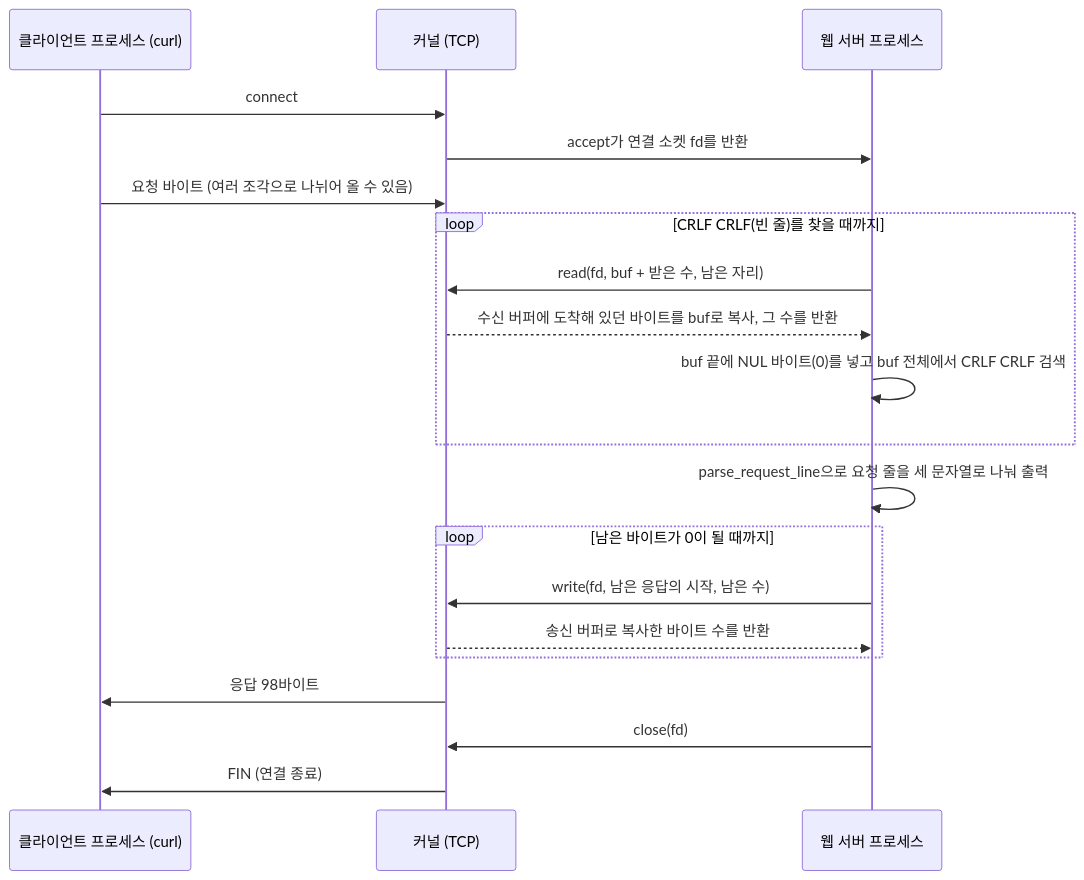
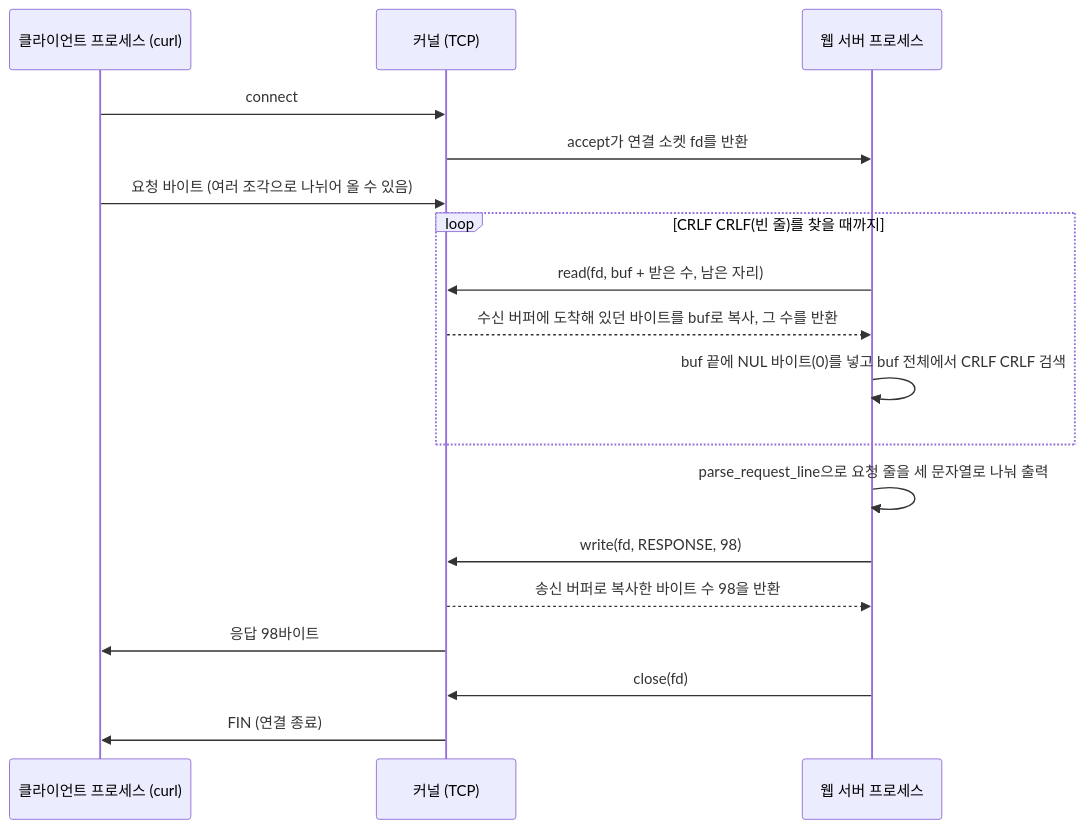
Before and after one commit to team3-web-server/web-server: the first of 2 diagrams in docs/step3.md, drawn with Mermaid. The commit also changed other lines of this file and 4 other files, not shown here.

````diff
--- a/docs/step3.md
+++ b/docs/step3.md
@@ -24,23 +23,21 @@
 ```mermaid
 sequenceDiagram
     participant C as 클라이언트 프로세스 (curl)
     participant K as 커널 (TCP)
     participant S as 웹 서버 프로세스
 
     C->>K: connect
     K->>S: accept가 연결 소켓 fd를 반환
     C->>K: 요청 바이트 (여러 조각으로 나뉘어 올 수 있음)
     loop CRLF CRLF(빈 줄)를 찾을 때까지
         S->>K: read(fd, buf + 받은 수, 남은 자리)
         K-->>S: 수신 버퍼에 도착해 있던 바이트를 buf로 복사, 그 수를 반환
         S->>S: buf 끝에 NUL 바이트(0)를 넣고 buf 전체에서 CRLF CRLF 검색
     end
     S->>S: parse_request_line으로 요청 줄을 세 문자열로 나눠 출력
-    loop 남은 바이트가 0이 될 때까지
-        S->>K: write(fd, 남은 응답의 시작, 남은 수)
-        K-->>S: 송신 버퍼로 복사한 바이트 수를 반환
-    end
+    S->>K: write(fd, RESPONSE, 98)
+    K-->>S: 송신 버퍼로 복사한 바이트 수 98을 반환
     K->>C: 응답 98바이트
     S->>K: close(fd)
     K->>C: FIN (연결 종료)
 ```
````
